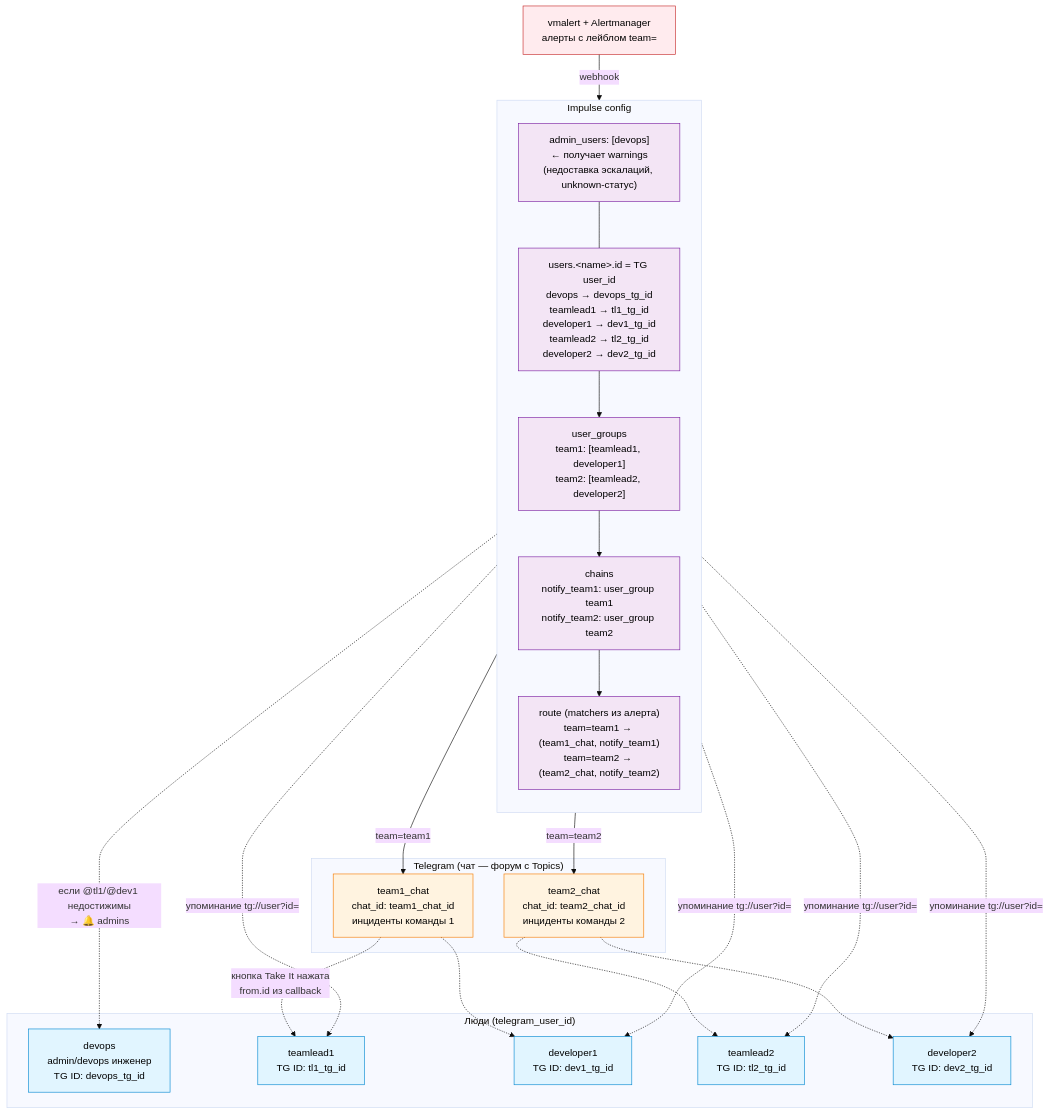
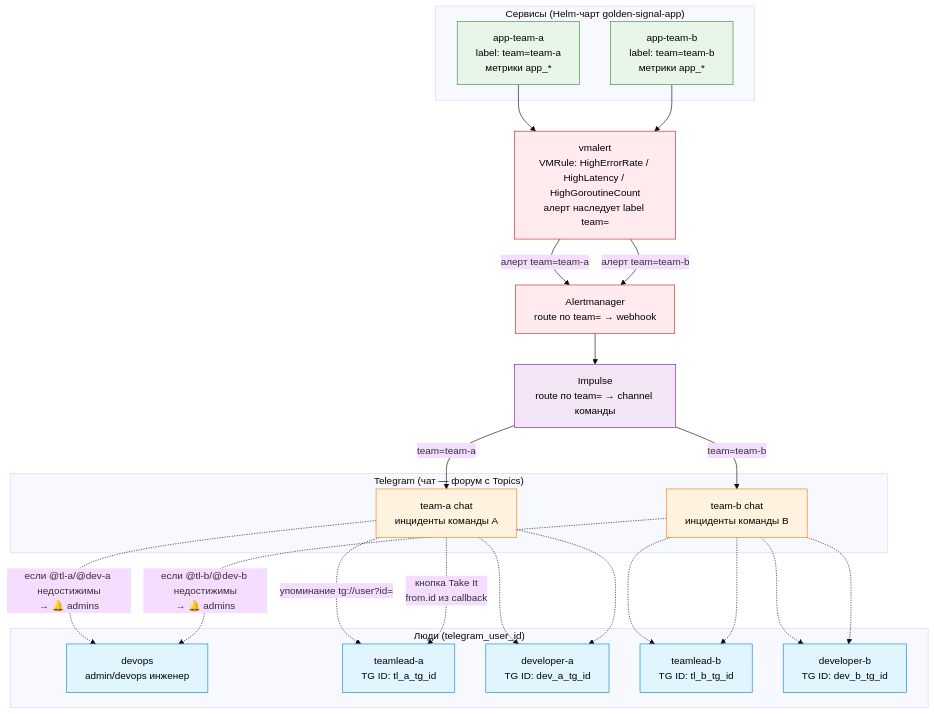
One commit to patsevanton/alert-templates-helm-vmalert-impulse changed the diagram in SCHEME.md. Above: the diagram before and after it, drawn with Mermaid (base theme). The commit also changed other lines of this file, not shown here.

Commit message:
Rewrite SCHEME.md: drop Impulse config internals, show alert path per team

````diff
--- a/SCHEME.md
+++ b/SCHEME.md
@@ -5,56 +5,56 @@
 ```mermaid
 flowchart TD
-    subgraph People["Люди (telegram_user_id)"]
-        DEVOPS["devops<br/>admin/devops инженер<br/>TG ID: devops_tg_id"]
-        TL1["teamlead1<br/>TG ID: tl1_tg_id"]
-        DEV1["developer1<br/>TG ID: dev1_tg_id"]
-        TL2["teamlead2<br/>TG ID: tl2_tg_id"]
-        DEV2["developer2<br/>TG ID: dev2_tg_id"]
+    subgraph Apps["Сервисы (Helm-чарт golden-signal-app)"]
+        APPA["app-team-a<br/>label: team=team-a<br/>метрики app_*"]
+        APPB["app-team-b<br/>label: team=team-b<br/>метрики app_*"]
     end
 
+    VMALERT["vmalert<br/>VMRule: HighErrorRate / HighLatency / HighGoroutineCount<br/>алерт наследует label team="]
+    AM["Alertmanager<br/>route по team= → webhook"]
+    IMPULSE["Impulse<br/>route по team= → channel команды"]
     subgraph Telegram["Telegram (чат — форум с Topics)"]
-        CHAT1["team1_chat<br/>chat_id: team1_chat_id<br/>инциденты команды 1"]
-        CHAT2["team2_chat<br/>chat_id: team2_chat_id<br/>инциденты команды 2"]
+        CHATA["team-a chat<br/>инциденты команды A"]
+        CHATB["team-b chat<br/>инциденты команды B"]
     end
 
-    subgraph Impulse["Impulse config"]
-        direction TB
-        ADMIN["admin_users: [devops]<br/>← получает warnings<br/>(недоставка эскалаций, unknown-статус)"]
-        USERS["users.&lt;name&gt;.id = TG user_id<br/>devops → devops_tg_id<br/>teamlead1 → tl1_tg_id<br/>developer1 → dev1_tg_id<br/>teamlead2 → tl2_tg_id<br/>developer2 → dev2_tg_id"]
-        GROUPS["user_groups<br/>team1: [teamlead1, developer1]<br/>team2: [teamlead2, developer2]"]
-        CHAINS["chains<br/>notify_team1: user_group team1<br/>notify_team2: user_group team2"]
-        ROUTE["route (matchers из алерта)<br/>team=team1 → (team1_chat, notify_team1)<br/>team=team2 → (team2_chat, notify_team2)"]
-        ADMIN --- USERS
-        USERS --> GROUPS
-        GROUPS --> CHAINS
-        CHAINS --> ROUTE
+    subgraph People["Люди (telegram_user_id)"]
+        DEVOPS["devops<br/>admin/devops инженер"]
+        TLA["teamlead-a<br/>TG ID: tl_a_tg_id"]
+        DEVA["developer-a<br/>TG ID: dev_a_tg_id"]
+        TLB["teamlead-b<br/>TG ID: tl_b_tg_id"]
+        DEVB["developer-b<br/>TG ID: dev_b_tg_id"]
     end
 
-    VMALERT["vmalert + Alertmanager<br/>алерты с лейблом team="]
-    VMALERT -->|"webhook"| Impulse
+    APPA --> VMALERT
+    APPB --> VMALERT
+    VMALERT -->|"алерт team=team-a"| AM
+    VMALERT -->|"алерт team=team-b"| AM
+    AM --> IMPULSE
+    IMPULSE -->|"team=team-a"| CHATA
+    IMPULSE -->|"team=team-b"| CHATB
 
-    ROUTE -->|"team=team1"| CHAT1
-    ROUTE -->|"team=team2"| CHAT2
+    CHATA -.->|"упоминание tg://user?id="| TLA
+    CHATA -.-> DEVA
+    CHATB -.-> TLB
+    CHATB -.-> DEVB
 
-    CHAINS -.->|"упоминание tg://user?id="| TL1
-    CHAINS -.->|"упоминание tg://user?id="| DEV1
-    CHAINS -.->|"упоминание tg://user?id="| TL2
-    CHAINS -.->|"упоминание tg://user?id="| DEV2
+    CHATA -.->|"кнопка Take It<br/>from.id из callback"| TLA
+    CHATA -.-> DEVA
+    CHATB -.-> TLB
+    CHATB -.-> DEVB
 
-    CHAT1 -.->|"кнопка Take It нажата<br/>from.id из callback"| TL1
-    CHAT1 -.-> DEV1
-    CHAT2 -.-> TL2
-    CHAT2 -.-> DEV2
+    CHATA -.->|"если @tl-a/@dev-a недостижимы<br/>→ 🔔 admins"| DEVOPS
+    CHATB -.->|"если @tl-b/@dev-b недостижимы<br/>→ 🔔 admins"| DEVOPS
 
-    CHAINS -.->|"если @tl1/@dev1 недостижимы<br/>→ 🔔 admins"| DEVOPS
+    classDef app fill:#e8f5e9,stroke:#388e3c,color:#000
+    classDef alert fill:#ffebee,stroke:#c62828,color:#000
+    classDef impulse fill:#f3e5f5,stroke:#7b1fa2,color:#000
+    classDef chat fill:#fff3e0,stroke:#f57c00,color:#000
+    classDef person fill:#e1f5ff,stroke:#0288d1,color:#000
 
-    classDef person fill:#e1f5ff,stroke:#0288d1,color:#000
-    classDef chat fill:#fff3e0,stroke:#f57c00,color:#000
-    classDef impulse fill:#f3e5f5,stroke:#7b1fa2,color:#000
-    classDef alert fill:#ffebee,stroke:#c62828,color:#000
-
-    class DEVOPS,TL1,DEV1,TL2,DEV2 person
-    class CHAT1,CHAT2 chat
-    class ADMIN,USERS,GROUPS,CHAINS,ROUTE impulse
-    class VMALERT alert
+    class APPA,APPB app
+    class VMALERT,AM alert
+    class IMPULSE impulse
+    class CHATA,CHATB chat
+    class DEVOPS,TLA,DEVA,TLB,DEVB person
 ```
````
